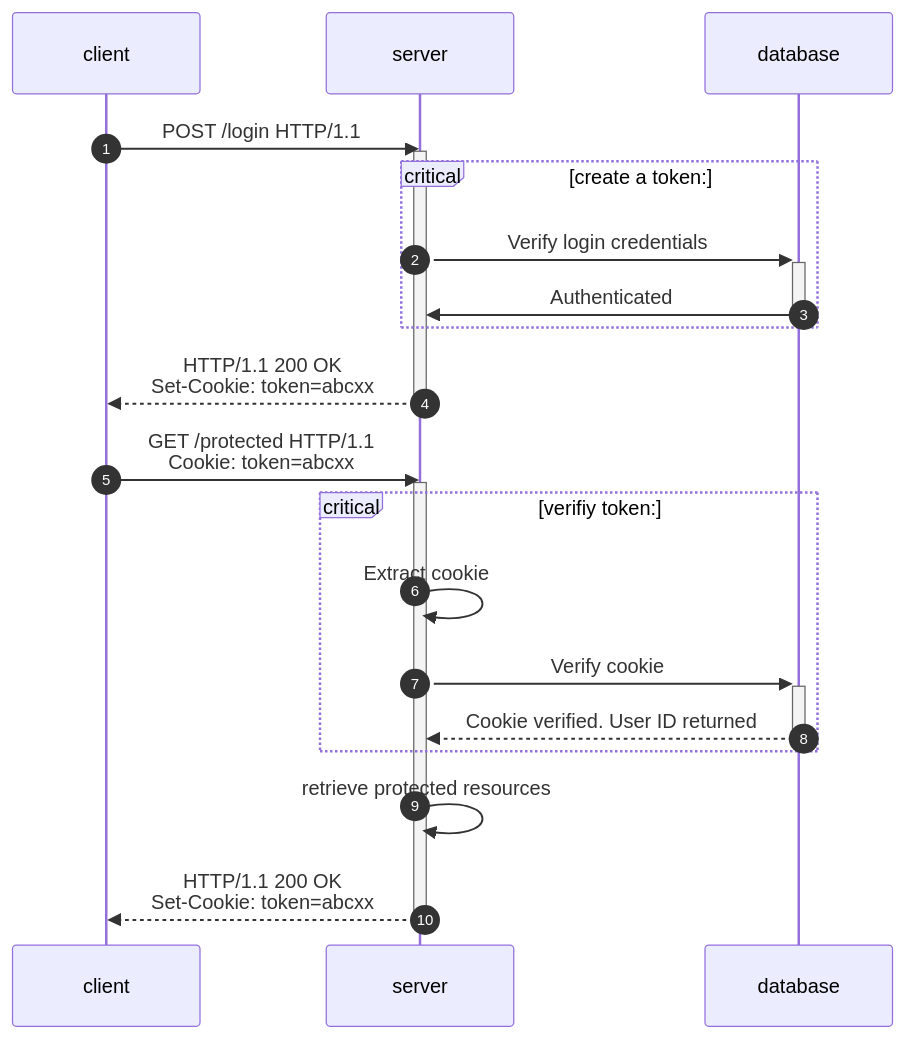
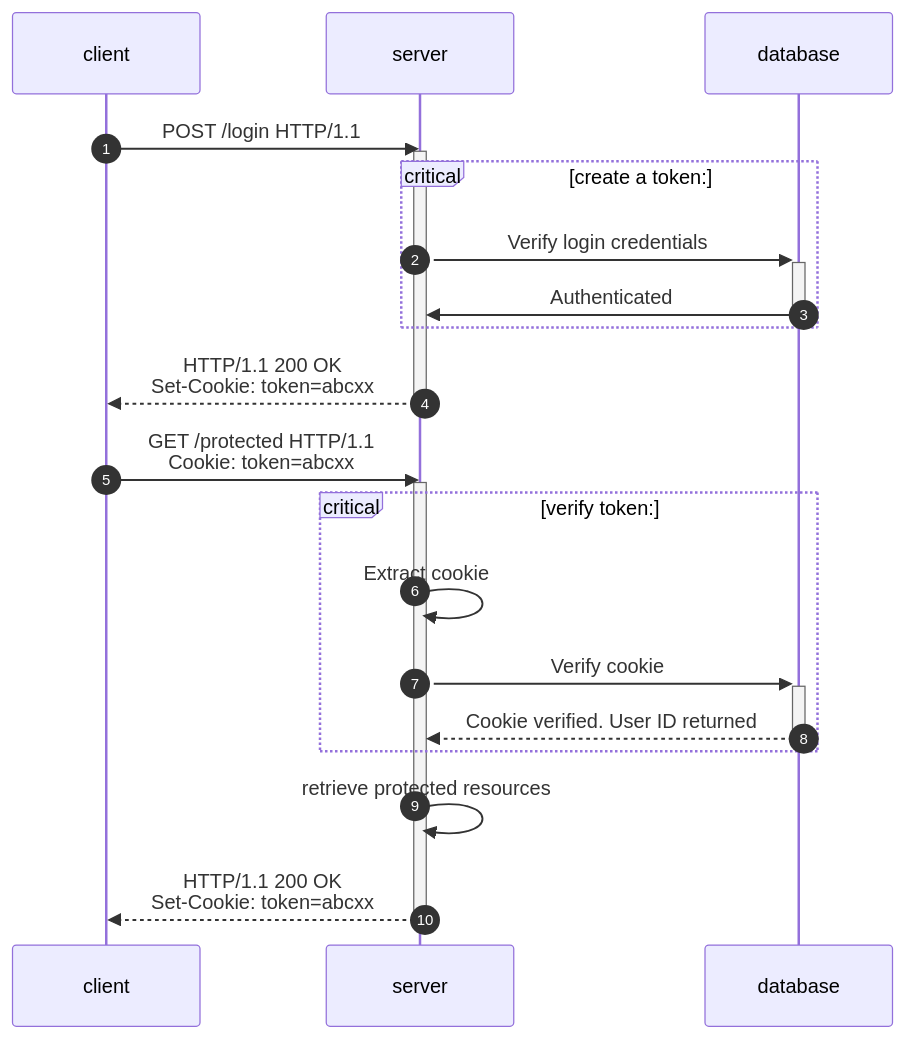
Before and after one commit to richardnguyen99/www.richardhnguyen.com: the fifth of 6 diagrams in src/posts/how-http-works.mdx, drawn with Mermaid. The commit also changed other lines of this file and 9 other files, not shown here.

````diff
--- a/src/posts/how-http-works.mdx
+++ b/src/posts/how-http-works.mdx
@@ -930,32 +930,32 @@
 ```mermaid
 sequenceDiagram
     autonumber
     participant client
     participant server
     participant database
 
     client->>server: POST /login HTTP/1.1
 
     activate server
     critical create a token:
         server->>+database: Verify login credentials
         database->>-server: Authenticated
     end
 
     server-->>client: HTTP/1.1 200 OK<br />Set-Cookie: token=abcxx
     deactivate server
 
     client->>server: GET /protected HTTP/1.1<br />Cookie: token=abcxx
 
     activate server
-    critical verifiy token:
+    critical verify token:
         server->>server: Extract cookie
         server->>+database: Verify cookie
         database-->>-server: Cookie verified. User ID returned
     end
 
 
     server->>server: retrieve protected resources
     server-->>client: HTTP/1.1 200 OK<br />Set-Cookie: token=abcxx
     deactivate server
 ```
````
